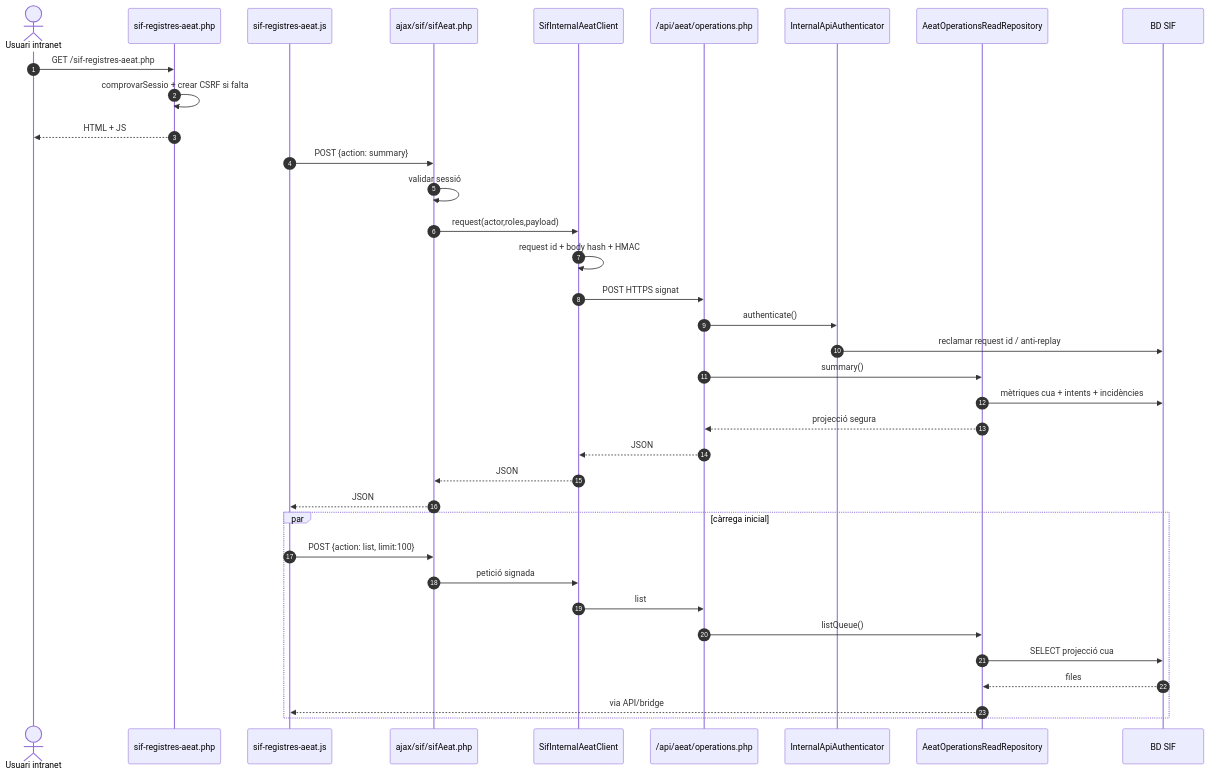
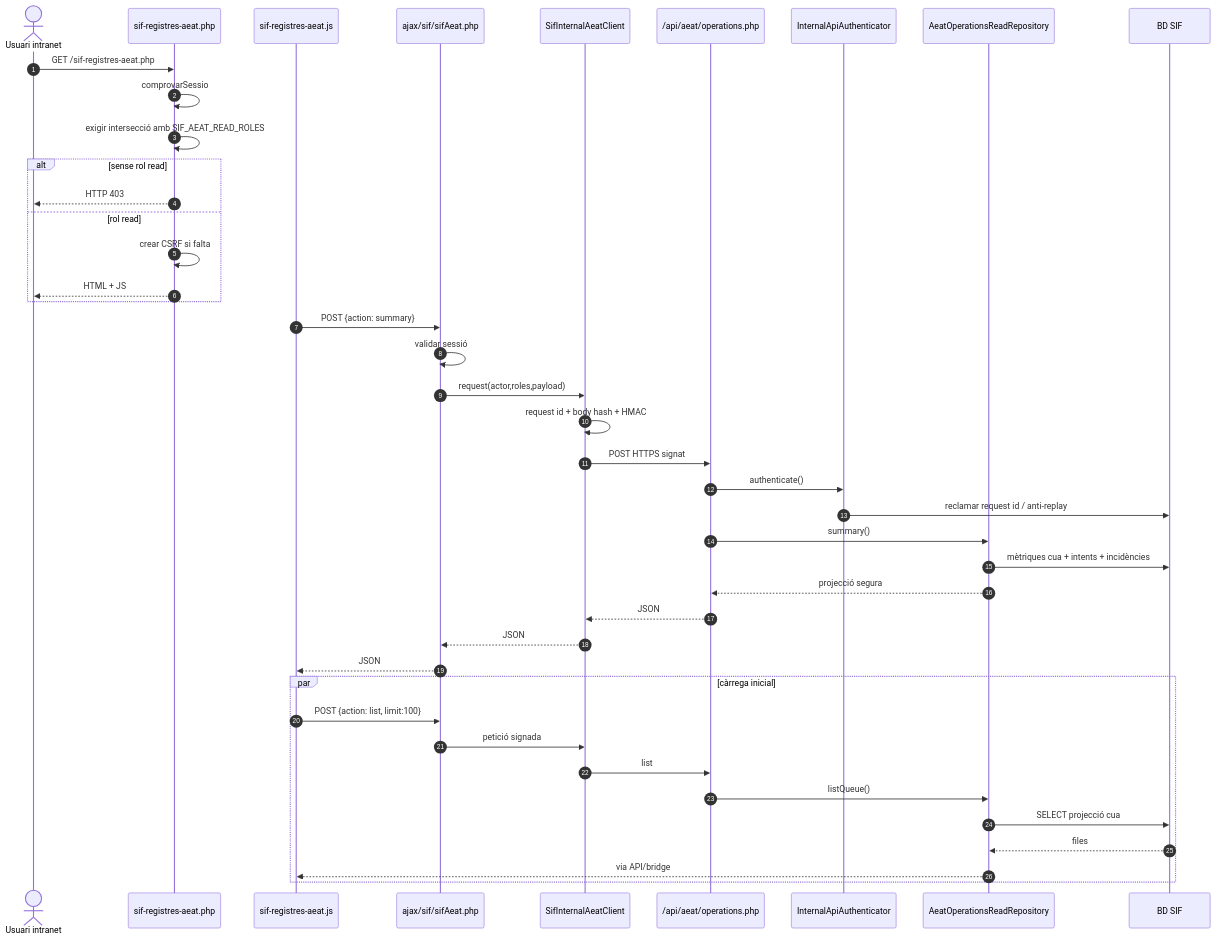
Before and after one commit to orgmeriemprismacat-del/verifactu: the first of 11 diagrams in documentacio/07-uml-integrat/uc-009-sequencies-actual-final.md, drawn with Mermaid. The commit also changed other lines of this file, not shown here.

Commit message:
docs(UC-009): actualitzar sequencies per doble rol i evidence ownership

````diff
--- a/documentacio/07-uml-integrat/uc-009-sequencies-actual-final.md
+++ b/documentacio/07-uml-integrat/uc-009-sequencies-actual-final.md
@@ -10,39 +10,45 @@
 ```mermaid
 sequenceDiagram
 autonumber
 actor U as Usuari intranet
 participant P as sif-registres-aeat.php
 participant JS as sif-registres-aeat.js
 participant B as ajax/sif/sifAeat.php
 participant C as SifInternalAeatClient
 participant API as /api/aeat/operations.php
 participant Auth as InternalApiAuthenticator
 participant R as AeatOperationsReadRepository
 participant DB as BD SIF
 
 U->>P: GET /sif-registres-aeat.php
-P->>P: comprovarSessio + crear CSRF si falta
-P-->>U: HTML + JS
+P->>P: comprovarSessio
+P->>P: exigir intersecció amb SIF_AEAT_READ_ROLES
+alt sense rol read
+ P-->>U: HTTP 403
+else rol read
+ P->>P: crear CSRF si falta
+ P-->>U: HTML + JS
+end
 JS->>B: POST {action: summary}
 B->>B: validar sessió
 B->>C: request(actor,roles,payload)
 C->>C: request id + body hash + HMAC
 C->>API: POST HTTPS signat
 API->>Auth: authenticate()
 Auth->>DB: reclamar request id / anti-replay
 API->>R: summary()
 R->>DB: mètriques cua + intents + incidències
 R-->>API: projecció segura
 API-->>C: JSON
 C-->>B: JSON
 B-->>JS: JSON
 par càrrega inicial
   JS->>B: POST {action: list, limit:100}
   B->>C: petició signada
   C->>API: list
   API->>R: listQueue()
   R->>DB: SELECT projecció cua
   DB-->>R: files
   R-->>JS: via API/bridge
 end
 ```
````
